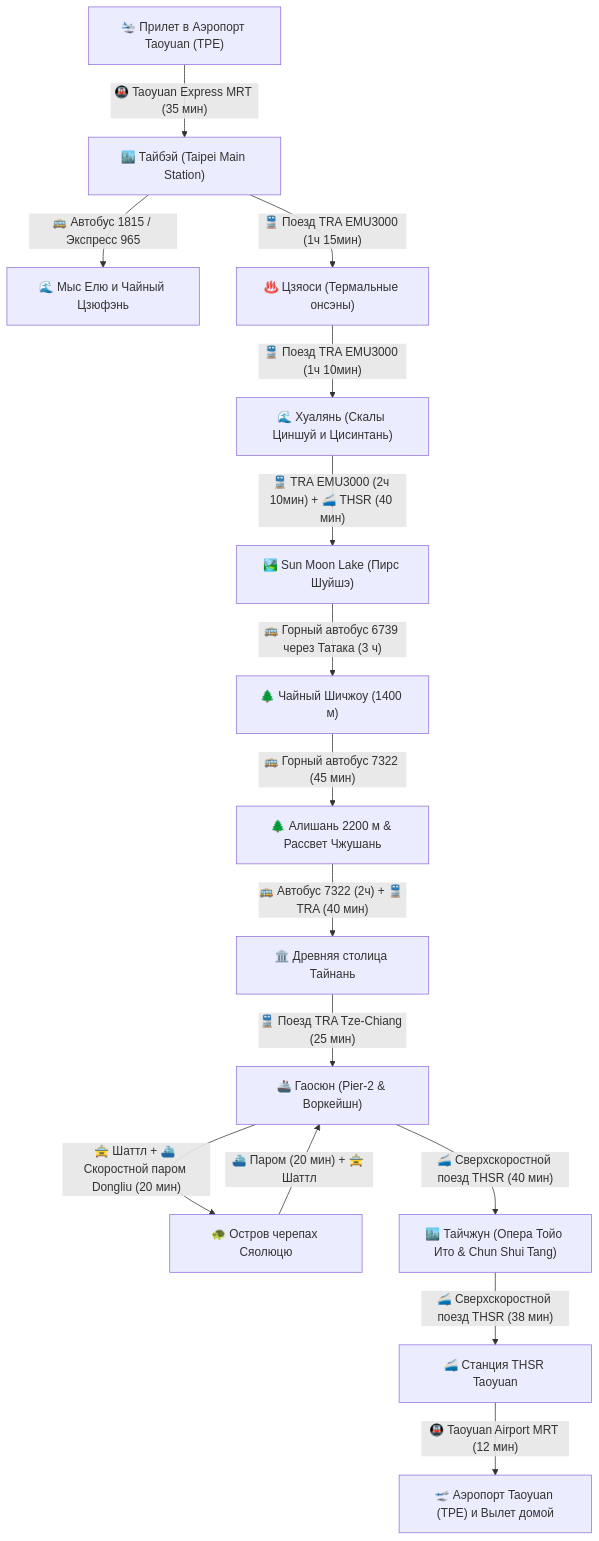
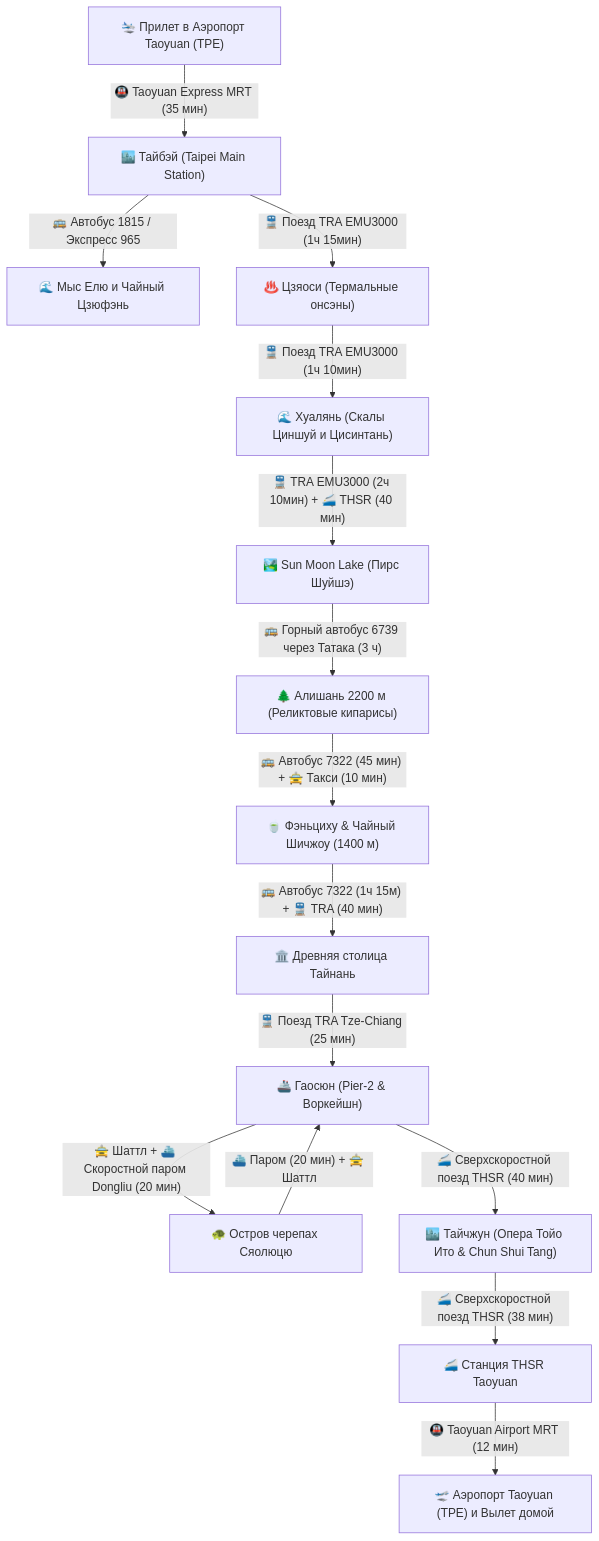
The diagram in Personal Note/Travel/-- Taiwan/03 - Бронирования/Транспорт.md (injurka/obsidian-mark), drawn with Mermaid before and after one commit. The commit also changed other lines of this file and 60 other files, not shown here.

````diff
--- a/Personal Note/Travel/-- Taiwan/03 - Бронирования/Транспорт.md
+++ b/Personal Note/Travel/-- Taiwan/03 - Бронирования/Транспорт.md
@@ -9,17 +9,16 @@
 ```mermaid
 flowchart TD
     A["🛬 Прилет в Аэропорт Taoyuan (TPE)"] -->|"🚇 Taoyuan Express MRT (35 мин)"| B["🏙️ Тайбэй (Taipei Main Station)"]
     B -->|"🚌 Автобус 1815 / Экспресс 965"| C["🌊 Мыс Елю и Чайный Цзюфэнь"]
     B -->|"🚆 Поезд TRA EMU3000 (1ч 15мин)"| D["♨️ Цзяоси (Термальные онсэны)"]
     D -->|"🚆 Поезд TRA EMU3000 (1ч 10мин)"| E["🌊 Хуалянь (Скалы Циншуй и Цисинтань)"]
-    E -->|"🚆 TRA EMU3000 (2ч 10мин) + 🚄 THSR (40 мин)"| SML["🏞️ Sun Moon Lake (Пирс Шуйшэ)"]
-    SML -->|"🚌 Горный автобус 6739 через Татака (3 ч)"| F["🌲 Чайный Шичжоу (1400 м)"]
-    F -->|"🚌 Горный автобус 7322 (45 мин)"| G["🌲 Алишань 2200 м & Рассвет Чжушань"]
-    G -->|"🚌 Автобус 7322 (2ч) + 🚆 TRA (40 мин)"| H["🏛️ Древняя столица Тайнань"]
+    E -->|"🚆 TRA EMU3000 (2ч 10мин) + 🚄 THSR (40 мин)"| SML["🏞️ Sun Moon Lake (Пирс Шуйшэ)"] -->|"🚌 Горный автобус 6739 через Татака (3 ч)"| G["🌲 Алишань 2200 м (Реликтовые кипарисы)"]
+    G -->|"🚌 Автобус 7322 (45 мин) + 🚖 Такси (10 мин)"| F["🍵 Фэньциху & Чайный Шичжоу (1400 м)"]
+    F -->|"🚌 Автобус 7322 (1ч 15м) + 🚆 TRA (40 мин)"| H["🏛️ Древняя столица Тайнань"]
     H -->|"🚆 Поезд TRA Tze-Chiang (25 мин)"| I["🚢 Гаосюн (Pier-2 & Воркейшн)"]
     I -->|"🚖 Шаттл + ⛴️ Скоростной паром Dongliu (20 мин)"| J["🐢 Остров черепах Сяолюцю"]
     J -->|"⛴️ Паром (20 мин) + 🚖 Шаттл"| I
     I -->|"🚄 Сверхскоростной поезд THSR (40 мин)"| K["🏙️ Тайчжун (Опера Тойо Ито & Chun Shui Tang)"]
     K -->|"🚄 Сверхскоростной поезд THSR (38 мин)"| L["🚄 Станция THSR Taoyuan"]
     L -->|"🚇 Taoyuan Airport MRT (12 мин)"| M["🛫 Аэропорт Taoyuan (TPE) и Вылет домой"]
 ```
````
